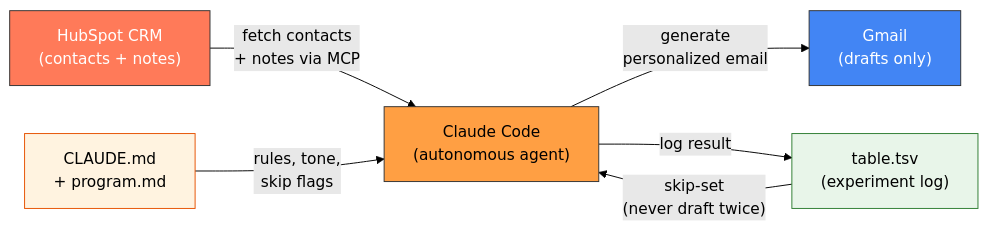
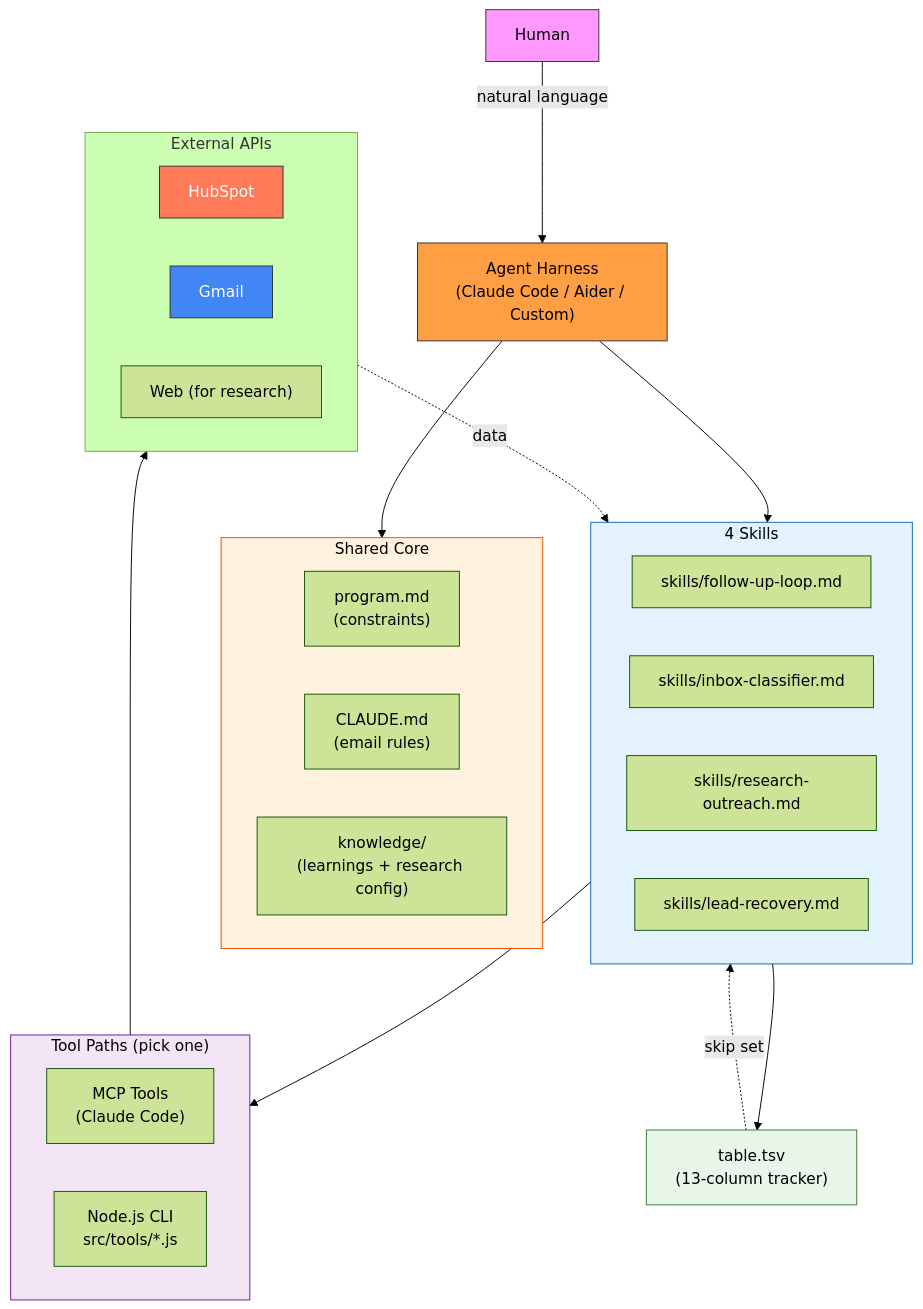
One commit to Connormcc3/hubspot-sales-agent changed the diagram in README.md. Above: the diagram before and after it, drawn with Mermaid (forest theme). The commit also changed other lines of this file and 23 other files, not shown here.

First line of the commit message:
v2.0: 4 composable skills + harness-agnostic architecture

````diff
--- a/README.md
+++ b/README.md
@@ -27,20 +42,49 @@
 ```mermaid
-flowchart LR
-    HubSpot["HubSpot CRM\n(contacts + notes)"]
-    Claude["Claude Code\n(autonomous agent)"]
-    Context["CLAUDE.md\n+ program.md"]
-    Gmail["Gmail\n(drafts only)"]
-    TSV["table.tsv\n(experiment log)"]
+flowchart TB
+    Human["Human"]
+    Harness["Agent Harness\n(Claude Code / Aider / Custom)"]
 
-    HubSpot -->|"fetch contacts\n+ notes via MCP"| Claude
-    Context -->|"rules, tone,\nskip flags"| Claude
-    Claude -->|"generate\npersonalized email"| Gmail
-    Claude -->|"log result"| TSV
-    TSV -->|"skip-set\n(never draft twice)"| Claude
+    subgraph Shared["Shared Core"]
+        Program["program.md\n(constraints)"]
+        CLAUDE["CLAUDE.md\n(email rules)"]
+        Knowledge["knowledge/\n(learnings + research config)"]
+    end
 
+    subgraph Skills["4 Skills"]
+        Skill1["skills/follow-up-loop.md"]
+        Skill2["skills/inbox-classifier.md"]
+        Skill3["skills/research-outreach.md"]
+        Skill4["skills/lead-recovery.md"]
+    end
+
+    subgraph Tools["Tool Paths (pick one)"]
+        MCP["MCP Tools\n(Claude Code)"]
+        CLI["Node.js CLI\nsrc/tools/*.js"]
+    end
+
+    subgraph APIs["External APIs"]
+        HubSpot["HubSpot"]
+        Gmail["Gmail"]
+        Web["Web (for research)"]
+    end
+
+    Tracker["table.tsv\n(13-column tracker)"]
+
+    Human -->|natural language| Harness
+    Harness --> Shared
+    Harness --> Skills
+    Skills --> Tools
+    Tools --> APIs
+    Skills --> Tracker
+    APIs -.->|data| Skills
+    Tracker -.->|skip set| Skills
+
+    style Human fill:#f9f,stroke:#333,color:#000
+    style Harness fill:#ff9f43,stroke:#333,color:#000
     style HubSpot fill:#ff7a59,stroke:#333,color:#fff
-    style Claude fill:#ff9f43,stroke:#333,color:#000
     style Gmail fill:#4285f4,stroke:#333,color:#fff
-    style TSV fill:#e8f5e9,stroke:#2e7d32,color:#000
-    style Context fill:#fff3e0,stroke:#e65100,color:#000
+    style Tracker fill:#e8f5e9,stroke:#2e7d32,color:#000
+    style Shared fill:#fff3e0,stroke:#e65100,color:#000
+    style Skills fill:#e3f2fd,stroke:#1565c0,color:#000
+    style Tools fill:#f3e5f5,stroke:#6a1b9a,color:#000
 ```
````
